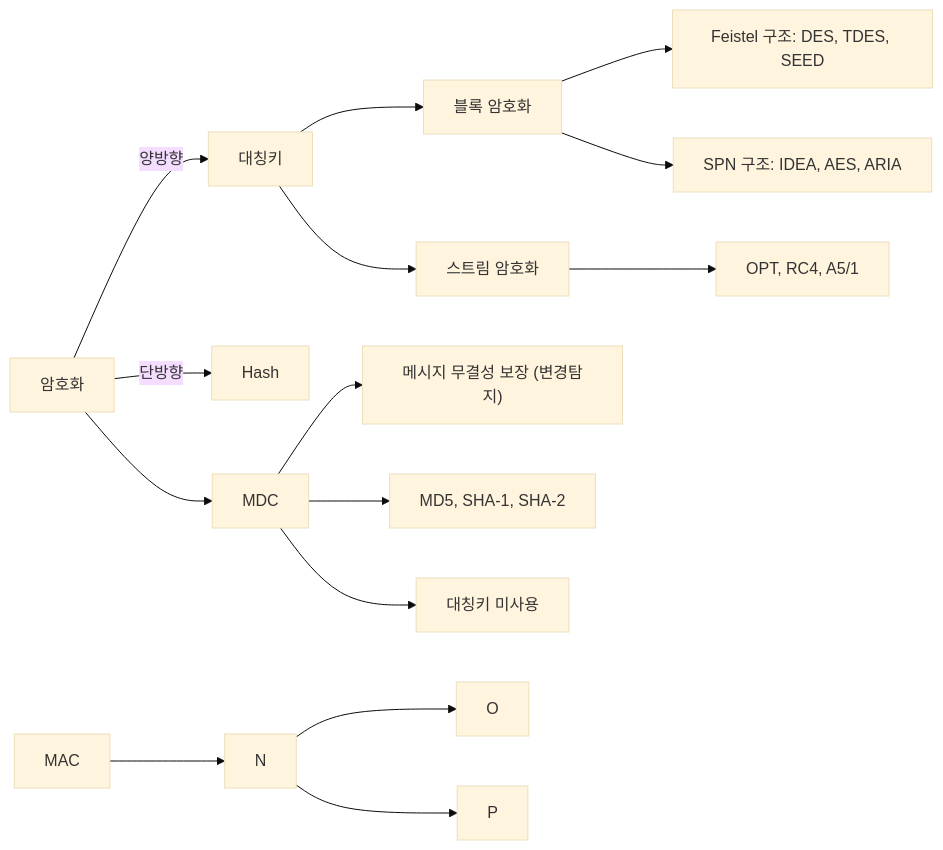
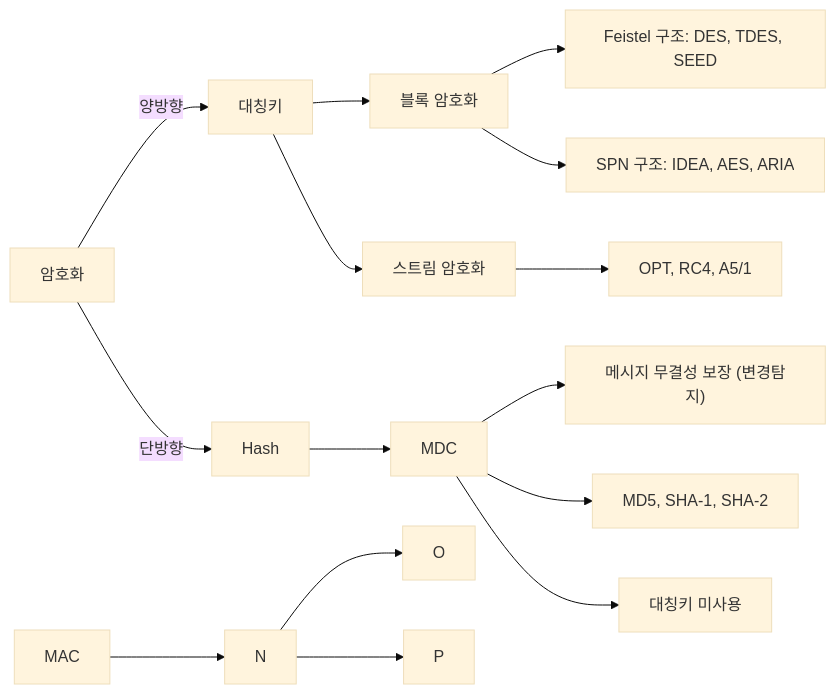
The diagram in _posts/computer-science/test/2025-08-14-eip-7.md (HyungJinHan/HyungJinHan.github.io), drawn with Mermaid (base theme) before and after one commit.

Commit message:
게시글 수정

````diff
--- a/_posts/computer-science/test/2025-08-14-eip-7.md
+++ b/_posts/computer-science/test/2025-08-14-eip-7.md
@@ -164,17 +164,17 @@
 ```mermaid
 flowchart LR
     A[암호화] -- 양방향 --> B[대칭키]
     B --> D[블록 암호화]
     D --> E[ Feistel 구조: DES, TDES, SEED]
     D --> F[SPN 구조: IDEA, AES, ARIA]
     B --> G[스트림 암호화]
     G --> H[OPT, RC4, A5/1]
     A -- 단방향 --> C[Hash]
-    A --> I[MDC]
+    C --> I[MDC]
     I --> J["메시지 무결성 보장 (변경탐지)"]
     I --> K[MD5, SHA-1, SHA-2]
     I --> L[대칭키 미사용]
     M[MAC] --> N
     N --> O
     N --> P
 ```
````
